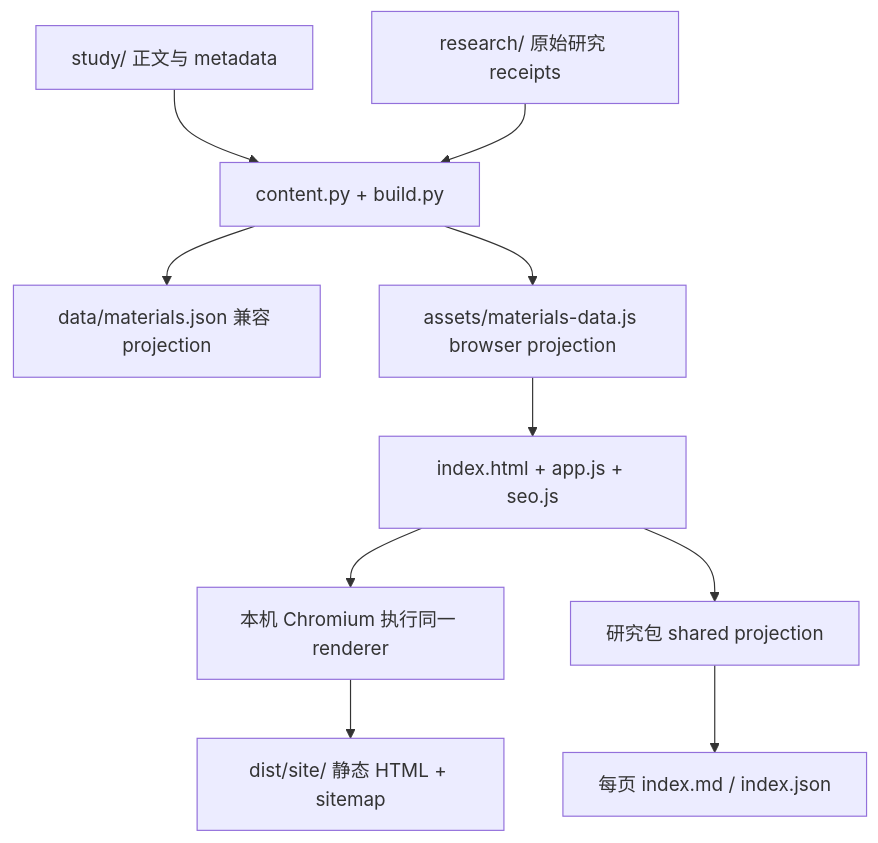
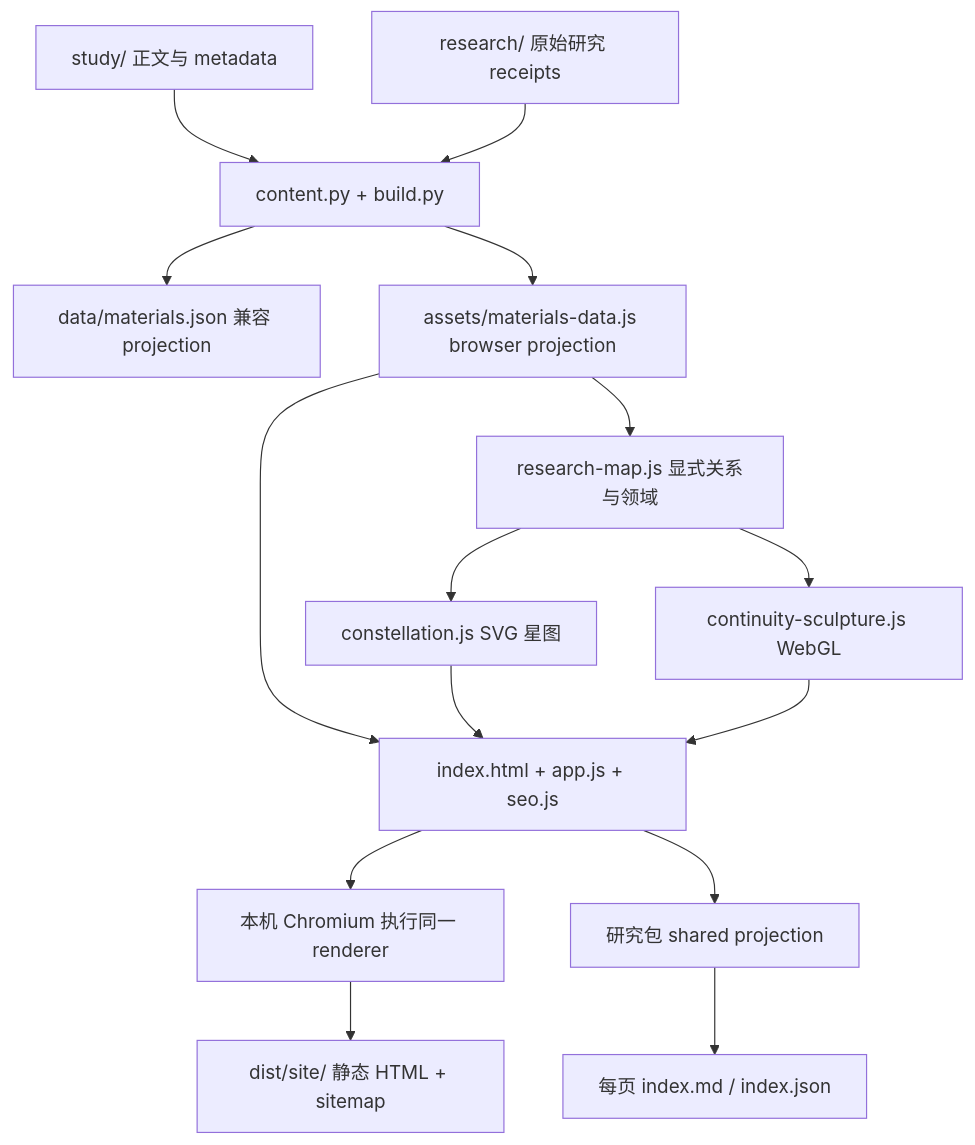
Before and after one commit to IndelibleVivi/agent-memory-study: the diagram in docs/website.md, drawn with Mermaid. The commit also changed other lines of this file and 29 other files, not shown here.

````diff
--- a/docs/website.md
+++ b/docs/website.md
@@ -7,12 +7,17 @@
 ```mermaid
 flowchart TD
   S[study/ 正文与 metadata] --> C[content.py + build.py]
   R[research/ 原始研究 receipts] --> C
   C --> J[data/materials.json 兼容 projection]
   C --> B[assets/materials-data.js browser projection]
   B --> V[index.html + app.js + seo.js]
+  B --> G[research-map.js 显式关系与领域]
+  G --> A[constellation.js SVG 星图]
+  G --> T[continuity-sculpture.js WebGL]
+  A --> V
+  T --> V
   V --> P[本机 Chromium 执行同一 renderer]
   P --> H[dist/site/ 静态 HTML + sitemap]
   V --> D[研究包 shared projection]
   D --> M[每页 index.md / index.json]
 ```
````
